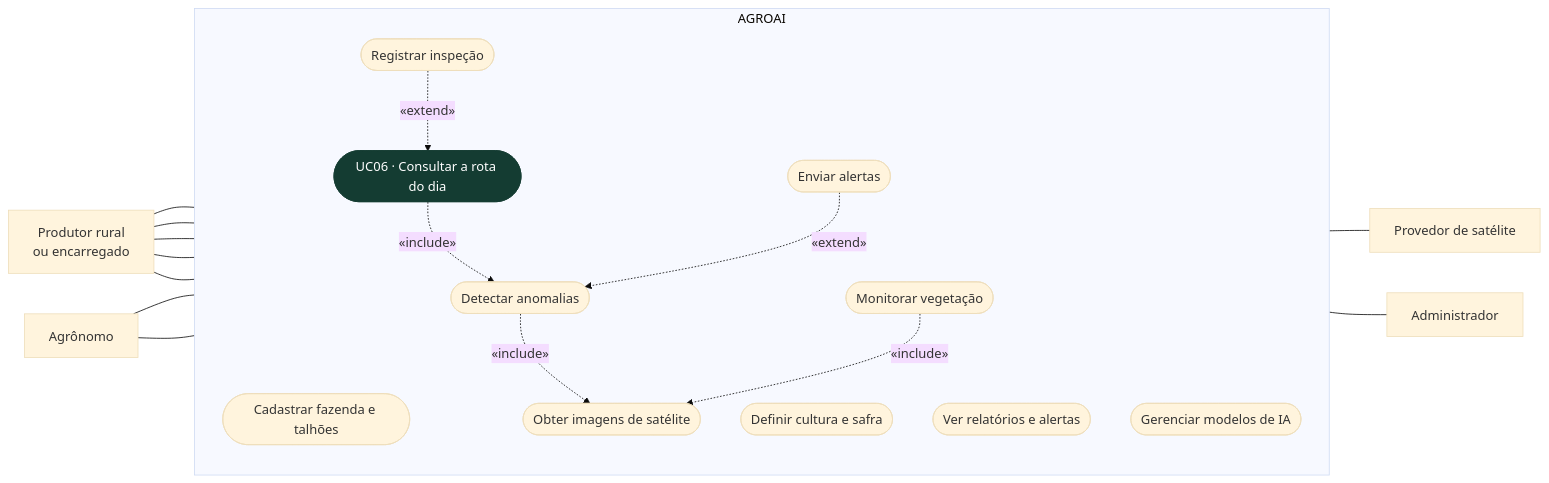
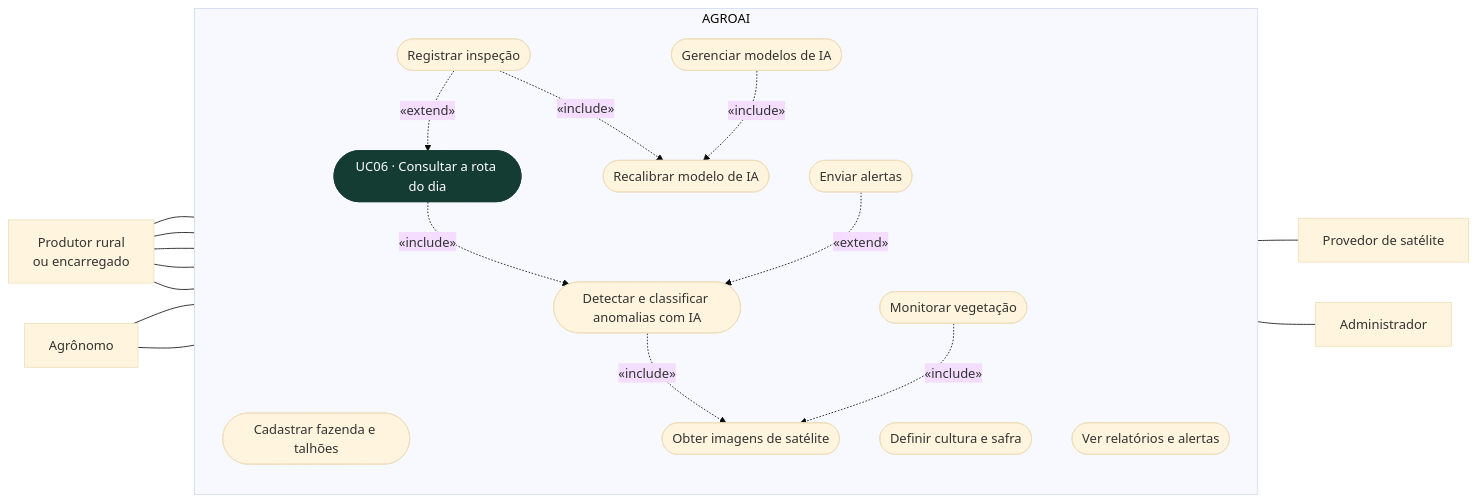
One commit to oThiagoBraziellas/EngenhariaDeRequisitos changed the first of 2 diagrams in Unidade5/README.md. Above: the diagram before and after it, drawn with Mermaid (base theme). The commit also changed other lines of this file and 4 other files, not shown here.

````diff
--- a/Unidade5/README.md
+++ b/Unidade5/README.md
@@ -104,38 +107,41 @@
 ```mermaid
 flowchart LR
     PR["Produtor rural<br/>ou encarregado"]
     AG["Agrônomo"]
     SAT["Provedor de satélite"]
     ADM["Administrador"]
 
     subgraph AGROAI
         direction TB
         UC1(["Cadastrar fazenda e talhões"])
         UC2(["Definir cultura e safra"])
         UC6(["UC06 · Consultar a rota do dia"])
         UC7(["Registrar inspeção"])
         UC9(["Ver relatórios e alertas"])
         UC10(["Monitorar vegetação"])
-        UCA(["Detectar anomalias"])
+        UCA(["Detectar e classificar anomalias com IA"])
+        UCR(["Recalibrar modelo de IA"])
         UCI(["Obter imagens de satélite"])
         UCE(["Enviar alertas"])
         UCM(["Gerenciar modelos de IA"])
     end
 
     PR --- UC1
     PR --- UC2
     PR --- UC6
     PR --- UC7
     PR --- UC9
     AG --- UC9
     AG --- UC10
     UC6 -. "«include»" .-> UCA
     UCA -. "«include»" .-> UCI
     UC10 -. "«include»" .-> UCI
     UC7 -. "«extend»" .-> UC6
+    UC7 -. "«include»" .-> UCR
     UCE -. "«extend»" .-> UCA
+    UCM -. "«include»" .-> UCR
     UCI --- SAT
     UCM --- ADM
 
     style UC6 fill:#143c32,color:#ffffff,stroke:#143c32
 ```
````
